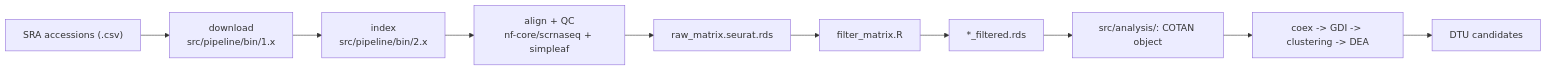
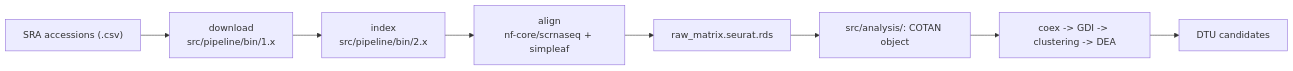
One commit to ldelitala/sc-isoform-cotan changed the diagram in README.md. Above: the diagram before and after it, drawn with Mermaid. The commit also changed other lines of this file and 21 other files, not shown here.

````diff
--- a/README.md
+++ b/README.md
@@ -26,12 +26,10 @@
 ```mermaid
 graph LR
   A["SRA accessions (.csv)"] --> B["download<br/>src/pipeline/bin/1.x"]
   B --> C["index<br/>src/pipeline/bin/2.x"]
-  C --> D["align + QC<br/>nf-core/scrnaseq + simpleaf"]
+  C --> D["align<br/>nf-core/scrnaseq + simpleaf"]
   D --> E["raw_matrix.seurat.rds"]
-  E --> F["filter_matrix.R"]
-  F --> G["*_filtered.rds"]
-  G --> H["src/analysis/: COTAN object"]
+  E --> H["src/analysis/: COTAN object"]
   H --> I["coex -> GDI -> clustering -> DEA"]
   I --> J["DTU candidates"]
 ```
````
